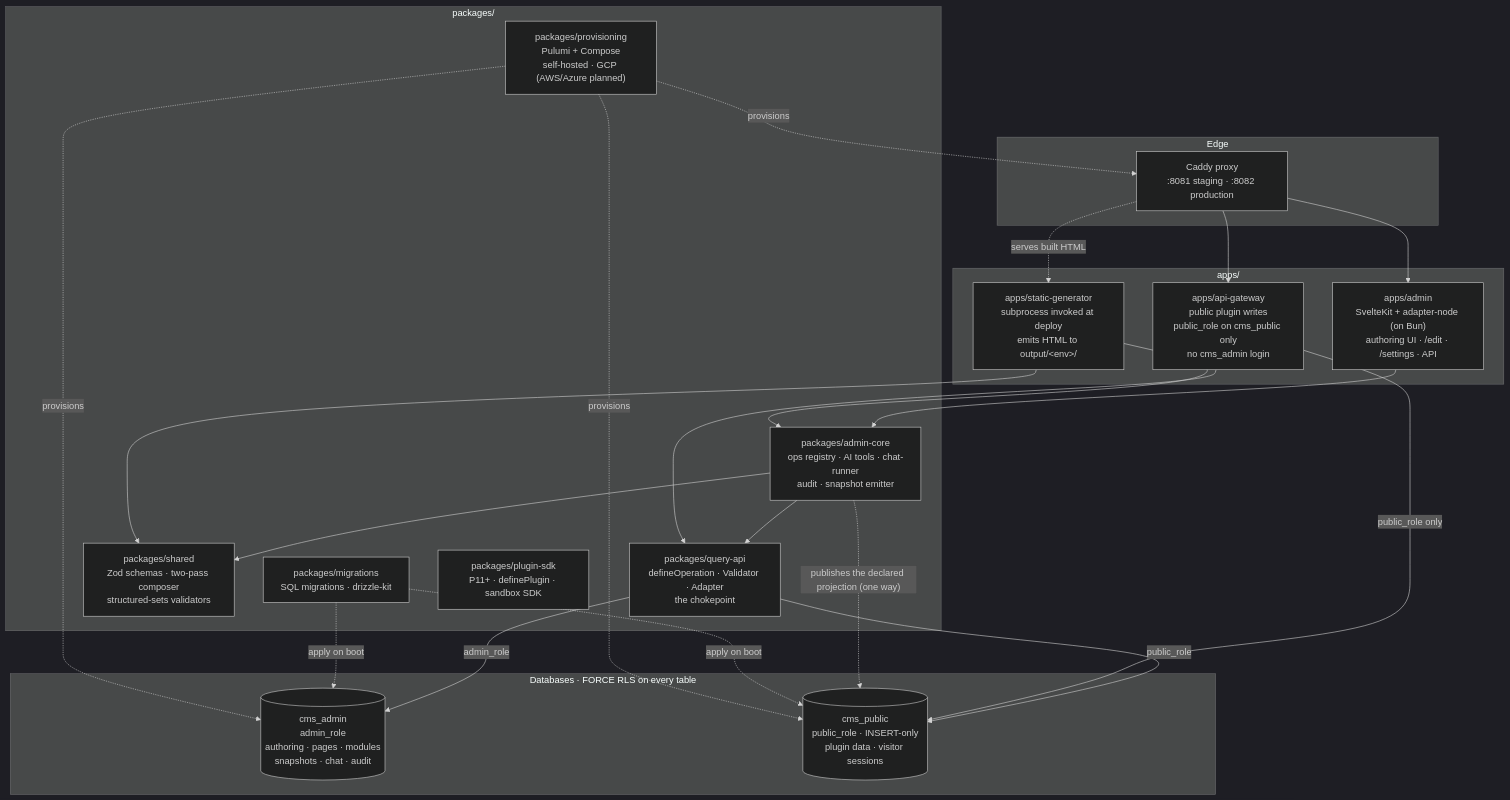
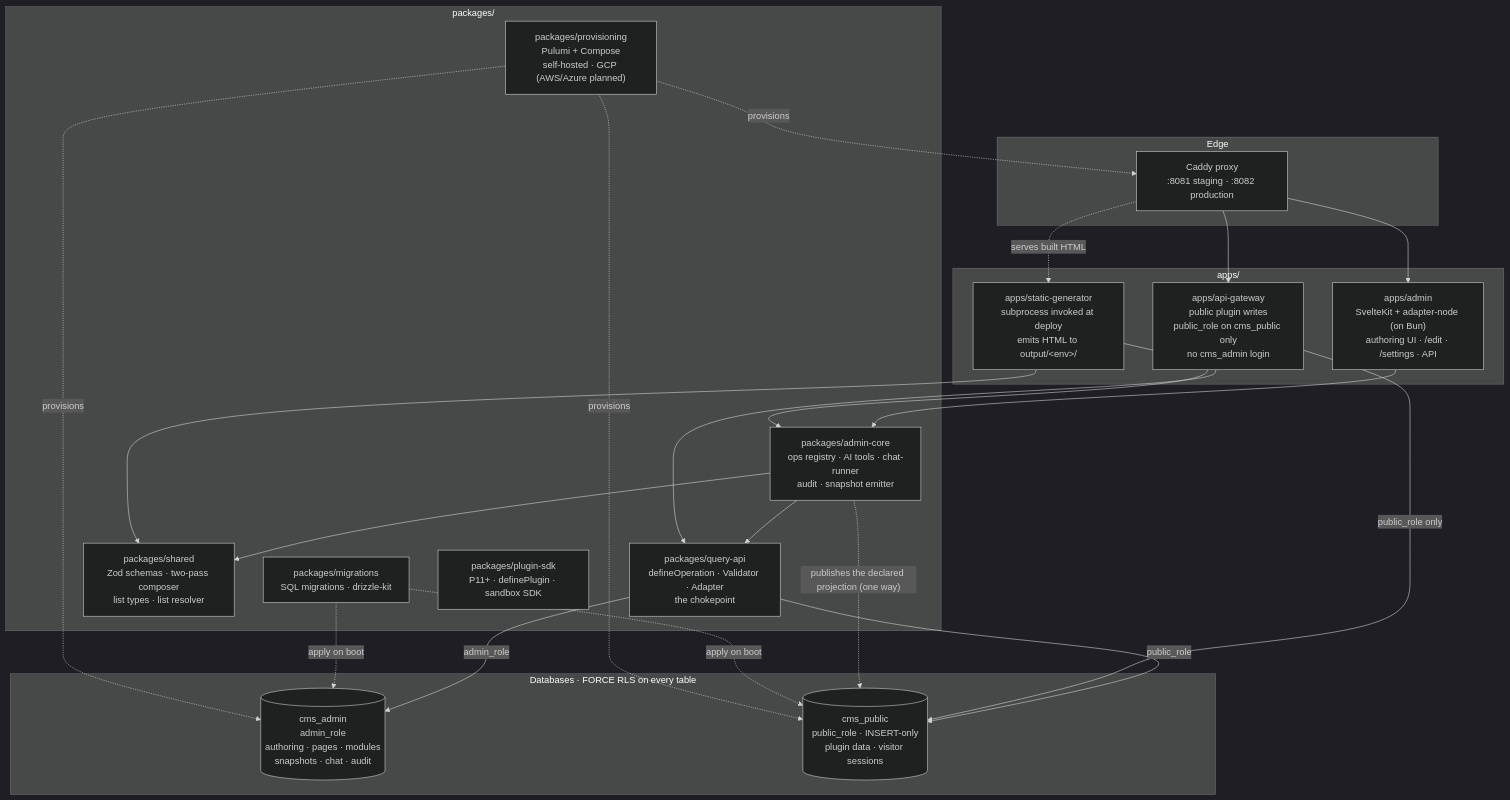
One commit to caelo-cms/caelo-cms changed the first of 4 diagrams in ARCHITECTURE.md. Above: the diagram before and after it, drawn with Mermaid (dark theme). The commit also changed other lines of this file and 4 other files, not shown here.

Commit message:
docs(lists): CLAUDE.md, requirements and architecture follow the lists model (#1115)

````diff
--- a/ARCHITECTURE.md
+++ b/ARCHITECTURE.md
@@ -11,49 +11,49 @@
 ```mermaid
 graph TD
   subgraph edge["Edge"]
     Caddy["Caddy proxy<br/>:8081 staging · :8082 production"]
   end
 
   subgraph apps["apps/"]
     Admin["apps/admin<br/>SvelteKit + adapter-node (on Bun)<br/>authoring UI · /edit · /settings · API"]
     StaticGen["apps/static-generator<br/>subprocess invoked at deploy<br/>emits HTML to output/&lt;env&gt;/"]
     Gateway["apps/api-gateway<br/>public plugin writes<br/>public_role on cms_public only<br/>no cms_admin login"]
   end
 
   subgraph pkgs["packages/"]
     AdminCore["packages/admin-core<br/>ops registry · AI tools · chat-runner<br/>audit · snapshot emitter"]
     QueryApi["packages/query-api<br/>defineOperation · Validator · Adapter<br/>the chokepoint"]
-    Shared["packages/shared<br/>Zod schemas · two-pass composer<br/>structured-sets validators"]
+    Shared["packages/shared<br/>Zod schemas · two-pass composer<br/>list types · list resolver"]
     Migrations["packages/migrations<br/>SQL migrations · drizzle-kit"]
     Provisioning["packages/provisioning<br/>Pulumi + Compose<br/>self-hosted · GCP (AWS/Azure planned)"]
     PluginSdk["packages/plugin-sdk<br/>P11+ · definePlugin · sandbox SDK"]
   end
 
   subgraph dbs["Databases · FORCE RLS on every table"]
     CmsAdmin[("cms_admin<br/>admin_role<br/>authoring · pages · modules<br/>snapshots · chat · audit")]
     CmsPublic[("cms_public<br/>public_role · INSERT-only<br/>plugin data · visitor sessions")]
   end
 
   Caddy --> Admin
   Caddy --> Gateway
   Caddy -. serves built HTML .-> StaticGen
 
   Admin --> AdminCore
   AdminCore --> QueryApi
   AdminCore --> Shared
   Gateway --> QueryApi
   StaticGen --> AdminCore
   StaticGen --> Shared
 
   QueryApi -- admin_role --> CmsAdmin
   QueryApi -- public_role --> CmsPublic
   Gateway -- "public_role only" --> CmsPublic
   AdminCore -. "publishes the declared projection (one way)" .-> CmsPublic
 
   Migrations -. apply on boot .-> CmsAdmin
   Migrations -. apply on boot .-> CmsPublic
 
   Provisioning -. provisions .-> Caddy
   Provisioning -. provisions .-> CmsAdmin
   Provisioning -. provisions .-> CmsPublic
 ```
````
